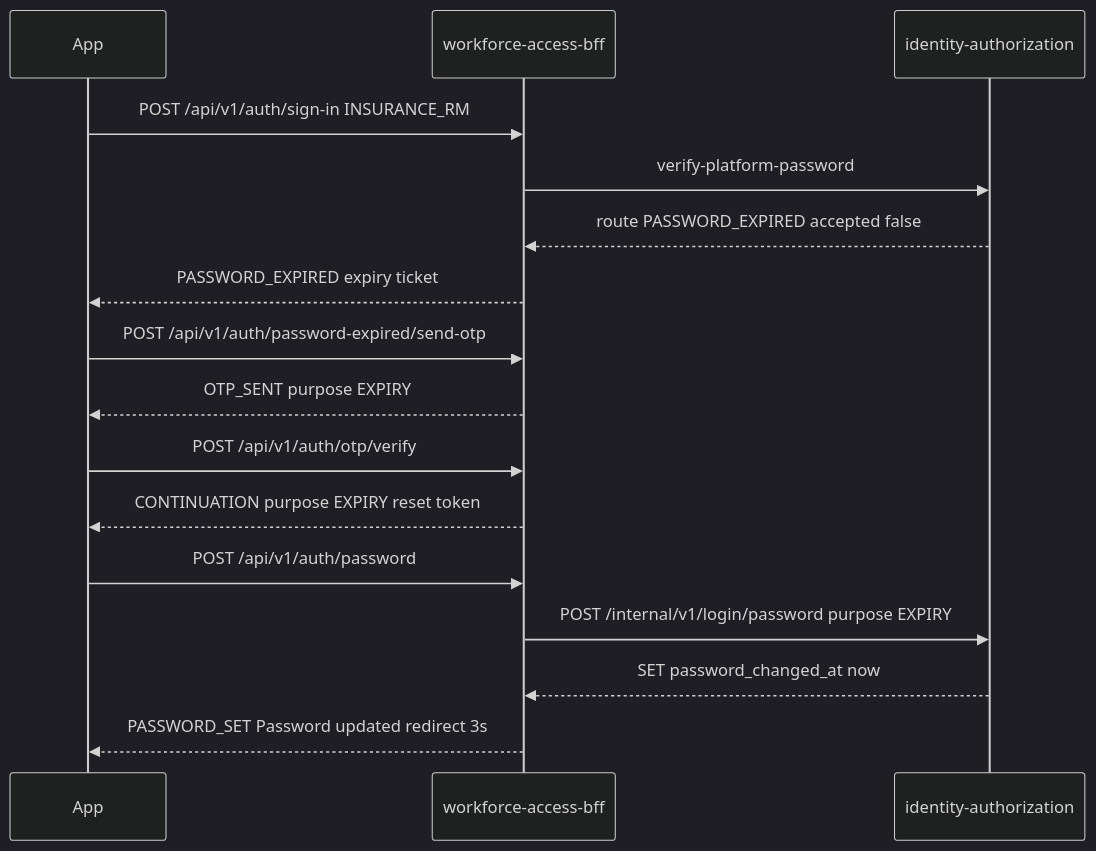
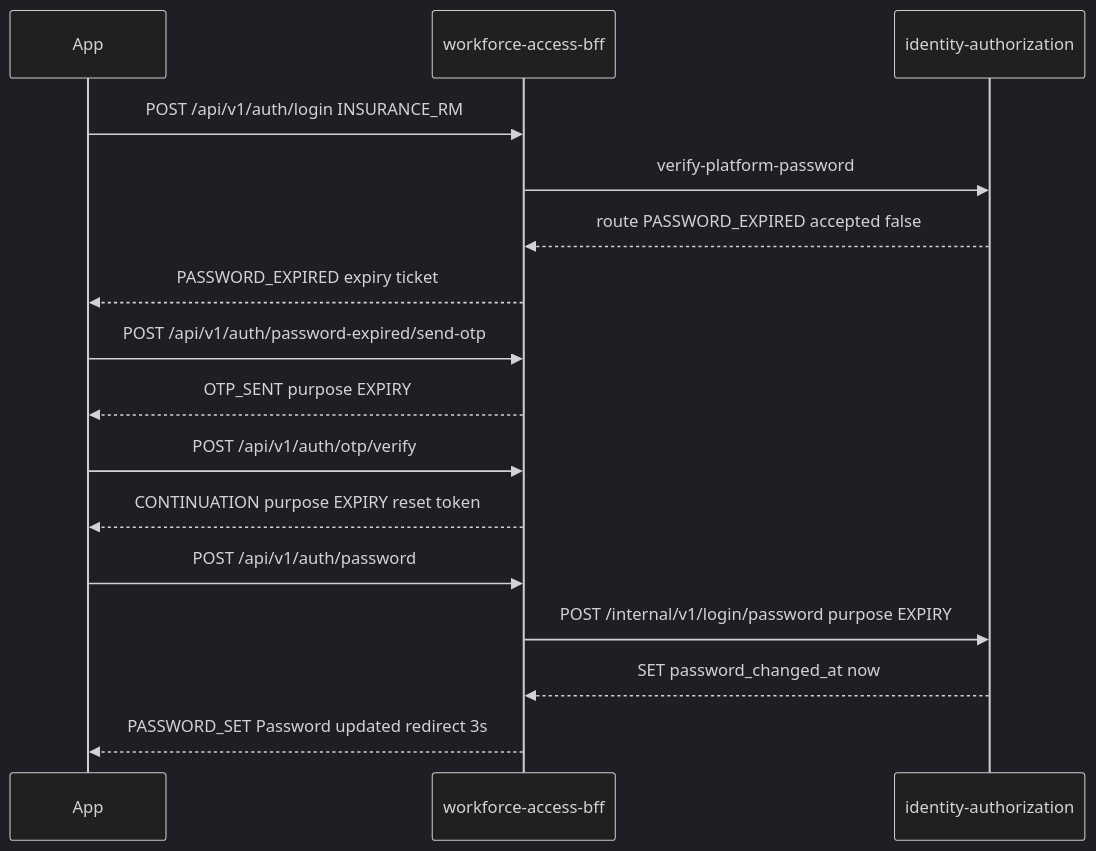
Before and after one commit to Mahesh38/bank-insurance-platform: the ninth of 9 diagrams in docs/journey-execution/flows/LOGIN-BRD-V31-API-FLOWS.md, drawn with Mermaid (dark theme). The commit also changed other lines of this file and 29 other files, not shown here.

First line of the commit message:
SUG-20261028-1lg — one Login BRD auth surface (retire IAM-001 dual login) (#165)

````diff
--- a/docs/journey-execution/flows/LOGIN-BRD-V31-API-FLOWS.md
+++ b/docs/journey-execution/flows/LOGIN-BRD-V31-API-FLOWS.md
@@ -319,18 +320,18 @@
 ```mermaid
 sequenceDiagram
   participant App
   participant BFF as workforce-access-bff
   participant Authz as identity-authorization
-  App->>BFF: POST /api/v1/auth/sign-in INSURANCE_RM
+  App->>BFF: POST /api/v1/auth/login INSURANCE_RM
   BFF->>Authz: verify-platform-password
   Authz-->>BFF: route PASSWORD_EXPIRED accepted false
   BFF-->>App: PASSWORD_EXPIRED expiry ticket
   App->>BFF: POST /api/v1/auth/password-expired/send-otp
   BFF-->>App: OTP_SENT purpose EXPIRY
   App->>BFF: POST /api/v1/auth/otp/verify
   BFF-->>App: CONTINUATION purpose EXPIRY reset token
   App->>BFF: POST /api/v1/auth/password
   BFF->>Authz: POST /internal/v1/login/password purpose EXPIRY
   Authz-->>BFF: SET password_changed_at now
   BFF-->>App: PASSWORD_SET Password updated redirect 3s
 ```
````
